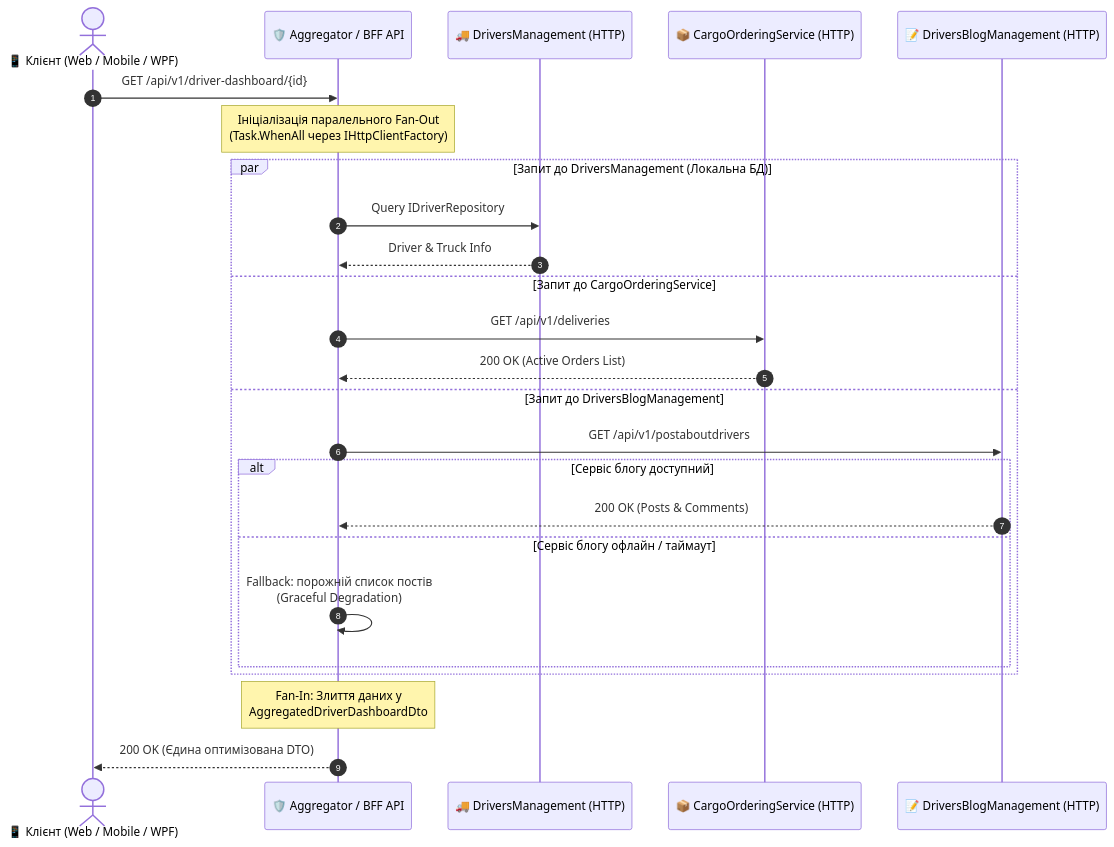
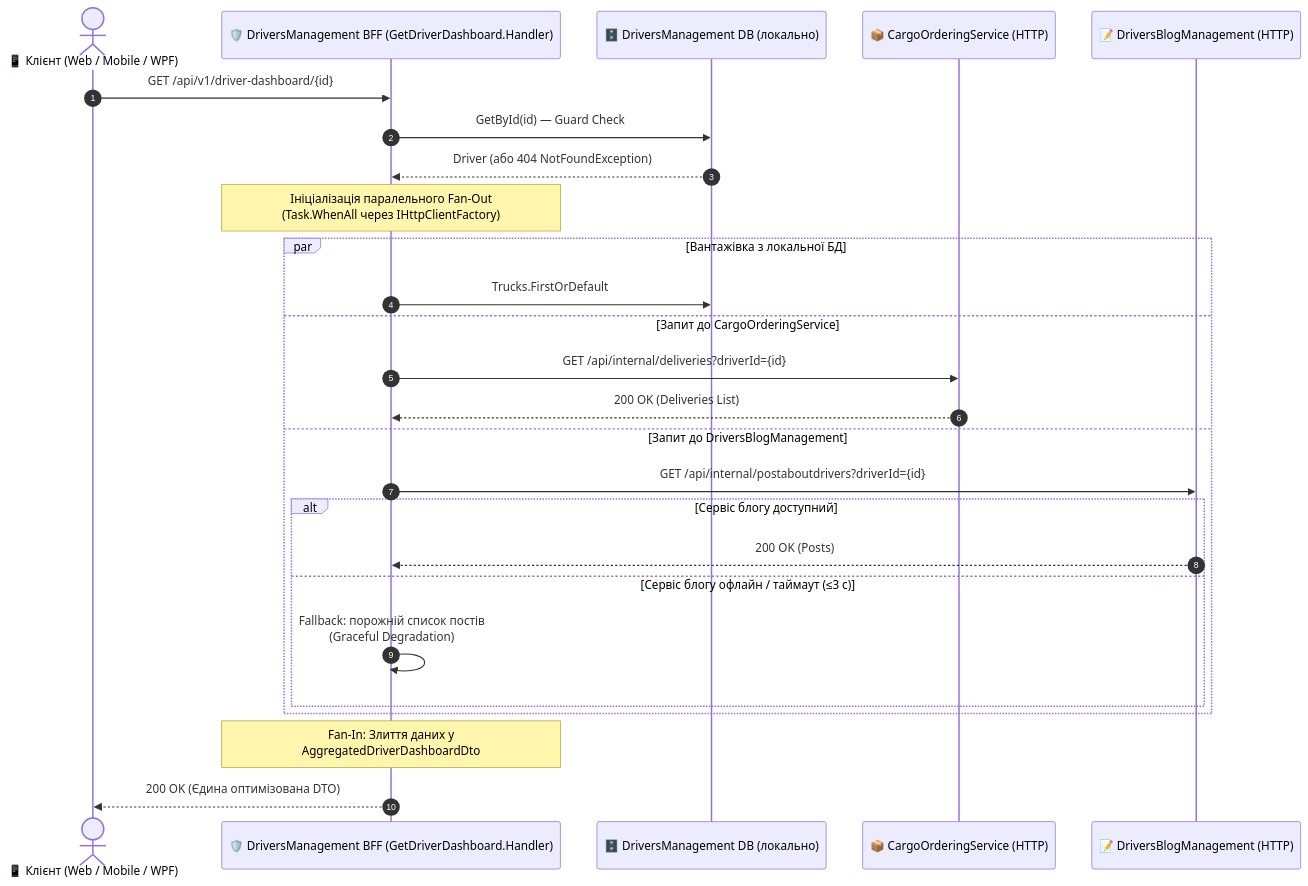
The first of 2 diagrams in 02-Microservices-Craftsman/02-02-Communication-Documentation/02_Patterns_Synchronous_HttpClient_Aggregator_BFF.md (MrTomkaYurii/Demo-CargoDeliveryService), drawn with Mermaid before and after one commit. The commit also changed other lines of this file and 227 other files, not shown here.

````diff
--- a/02-Microservices-Craftsman/02-02-Communication-Documentation/02_Patterns_Synchronous_HttpClient_Aggregator_BFF.md
+++ b/02-Microservices-Craftsman/02-02-Communication-Documentation/02_Patterns_Synchronous_HttpClient_Aggregator_BFF.md
@@ -44,30 +58,31 @@
 ```mermaid
 sequenceDiagram
     autonumber
     actor UI as 📱 Клієнт (Web / Mobile / WPF)
-    participant Agg as 🛡️ Aggregator / BFF API
-    participant DM as 🚚 DriversManagement (HTTP)
+    participant Agg as 🛡️ DriversManagement BFF (GetDriverDashboard.Handler)
+    participant LDB as 🗄️ DriversManagement DB (локально)
     participant CO as 📦 CargoOrderingService (HTTP)
     participant DB as 📝 DriversBlogManagement (HTTP)
 
     UI->>Agg: GET /api/v1/driver-dashboard/{id}
+    Agg->>LDB: GetById(id) — Guard Check
+    LDB-->>Agg: Driver (або 404 NotFoundException)
     Note over Agg: Ініціалізація паралельного Fan-Out<br/>(Task.WhenAll через IHttpClientFactory)
 
-    par Запит до DriversManagement (Локальна БД)
-        Agg->>DM: Query IDriverRepository
-        DM-->>Agg: Driver & Truck Info
+    par Вантажівка з локальної БД
+        Agg->>LDB: Trucks.FirstOrDefault
     and Запит до CargoOrderingService
-        Agg->>CO: GET /api/v1/deliveries
-        CO-->>Agg: 200 OK (Active Orders List)
+        Agg->>CO: GET /api/internal/deliveries?driverId={id}
+        CO-->>Agg: 200 OK (Deliveries List)
     and Запит до DriversBlogManagement
-        Agg->>DB: GET /api/v1/postaboutdrivers
+        Agg->>DB: GET /api/internal/postaboutdrivers?driverId={id}
         alt Сервіс блогу доступний
-            DB-->>Agg: 200 OK (Posts & Comments)
-        else Сервіс блогу офлайн / таймаут
+            DB-->>Agg: 200 OK (Posts)
+        else Сервіс блогу офлайн / таймаут (≤3 с)
             Agg->>Agg: Fallback: порожній список постів<br/>(Graceful Degradation)
         end
     end
 
     Note over Agg: Fan-In: Злиття даних у<br/>AggregatedDriverDashboardDto
     Agg-->>UI: 200 OK (Єдина оптимізована DTO)
 ```
````
